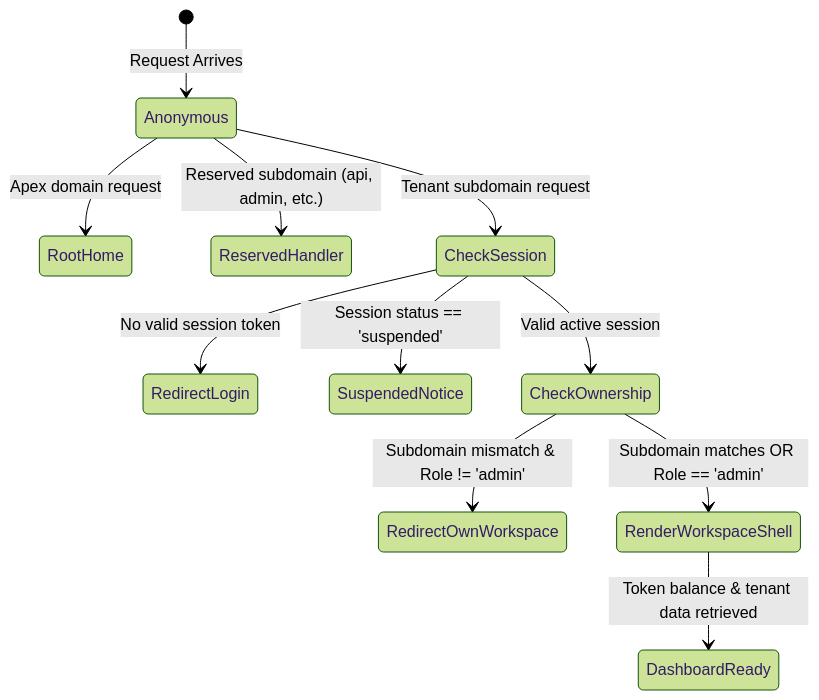
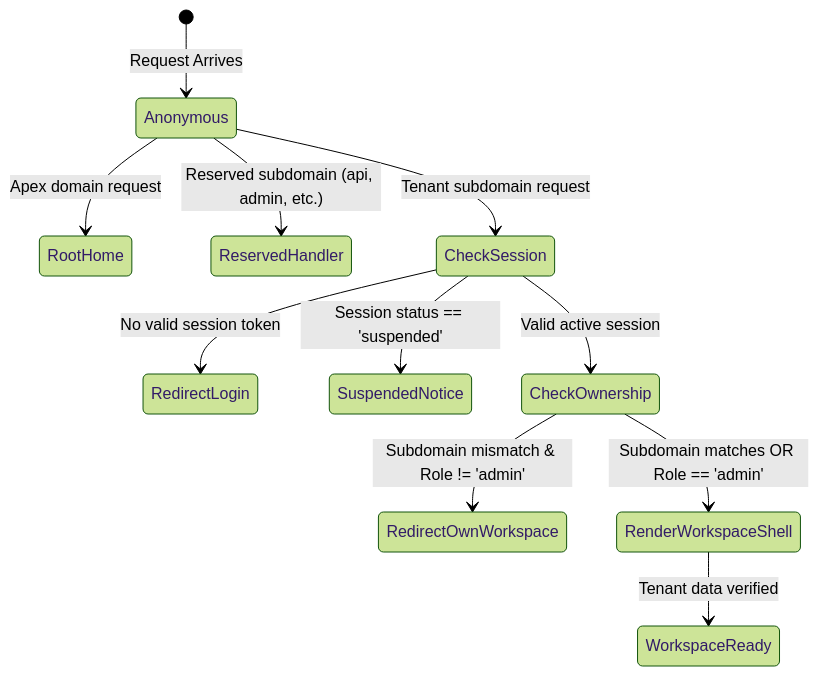
The diagram in specs/002-auth-subdomain-routing/data-model.md (Velocta/fbuploadpro), drawn with Mermaid (forest theme) before and after one commit. The commit also changed other lines of this file and 36 other files, not shown here.

````diff
--- a/specs/002-auth-subdomain-routing/data-model.md
+++ b/specs/002-auth-subdomain-routing/data-model.md
@@ -103,16 +99,16 @@
 ```mermaid
 stateDiagram-v2
     [*] --> Anonymous : Request Arrives
     Anonymous --> RootHome : Apex domain request
     Anonymous --> ReservedHandler : Reserved subdomain (api, admin, etc.)
     Anonymous --> CheckSession : Tenant subdomain request
 
     CheckSession --> RedirectLogin : No valid session token
     CheckSession --> SuspendedNotice : Session status == 'suspended'
     CheckSession --> CheckOwnership : Valid active session
 
     CheckOwnership --> RedirectOwnWorkspace : Subdomain mismatch & Role != 'admin'
     CheckOwnership --> RenderWorkspaceShell : Subdomain matches OR Role == 'admin'
 
-    RenderWorkspaceShell --> DashboardReady : Token balance & tenant data retrieved
+    RenderWorkspaceShell --> WorkspaceReady : Tenant data verified
 ```
````
